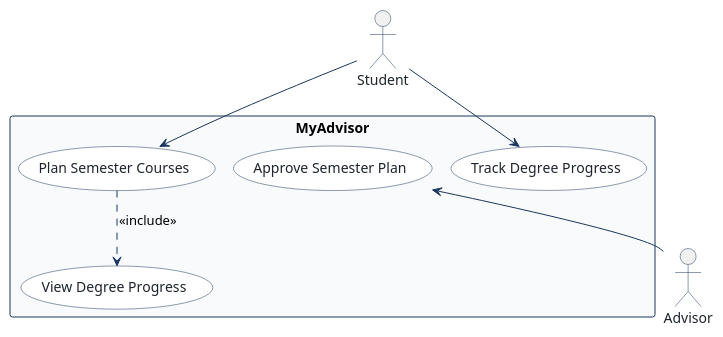
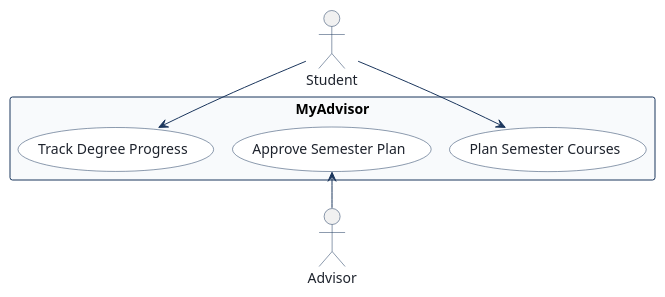
One commit to christiam44/comp3613-myadvisor changed the diagram in docs/diagrams/use-case.puml. Above: the diagram before and after it, drawn with PlantUML. The commit also changed 4 other files, not shown here.

Commit message:
Update A1 report, use-case diagram, and judge notes

```diff
--- a/docs/diagrams/use-case.puml
+++ b/docs/diagrams/use-case.puml
@@ -1,29 +1,27 @@
 @startuml
 !pragma layout smetana
 skinparam shadowing false
 skinparam actorBorderColor #1B365D
 skinparam actorFontColor #1E232D
 skinparam usecaseBackgroundColor #FFFFFF
 skinparam usecaseBorderColor #1B365D
 skinparam usecaseFontColor #1E232D
 skinparam rectangleBorderColor #1B365D
 skinparam rectangleBackgroundColor #F8FAFC
 skinparam arrowColor #1B365D
 
 actor "Student" as Student
 
 rectangle "MyAdvisor" {
   usecase "Plan Semester Courses" as Plan_Semester_Courses
-  usecase "View Degree Progress" as View_Degree_Progress
+  usecase "Approve Semester Plan" as Approve_Semester_Plan
   usecase "Track Degree Progress" as Track_Degree_Progress
-  usecase "Approve Semester Plan" as Approve_Semester_Plan
 }
 
 actor "Advisor" as Advisor
 
 Student --> Plan_Semester_Courses
-Plan_Semester_Courses ..> View_Degree_Progress : <<include>>
+Approve_Semester_Plan <-- Advisor
 Student --> Track_Degree_Progress
-Approve_Semester_Plan <-- Advisor
 
 @enduml
```
